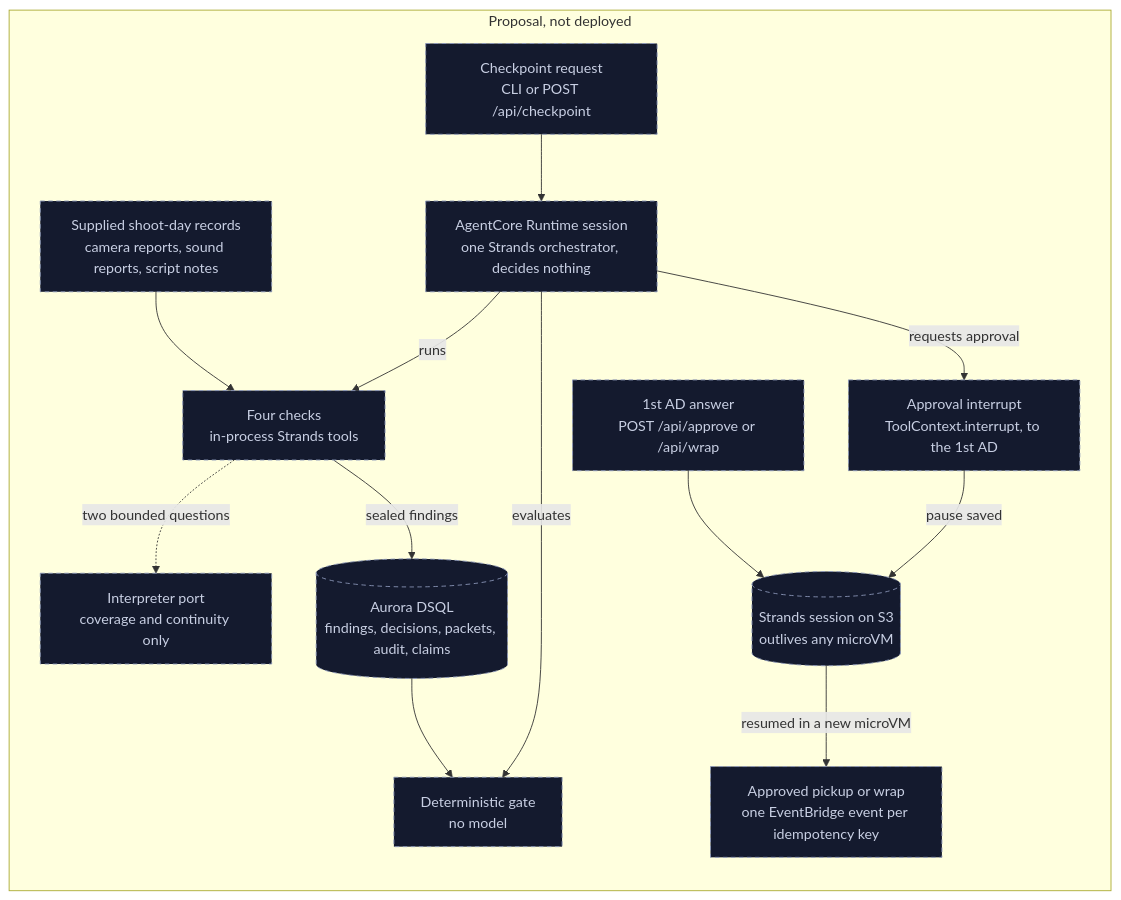
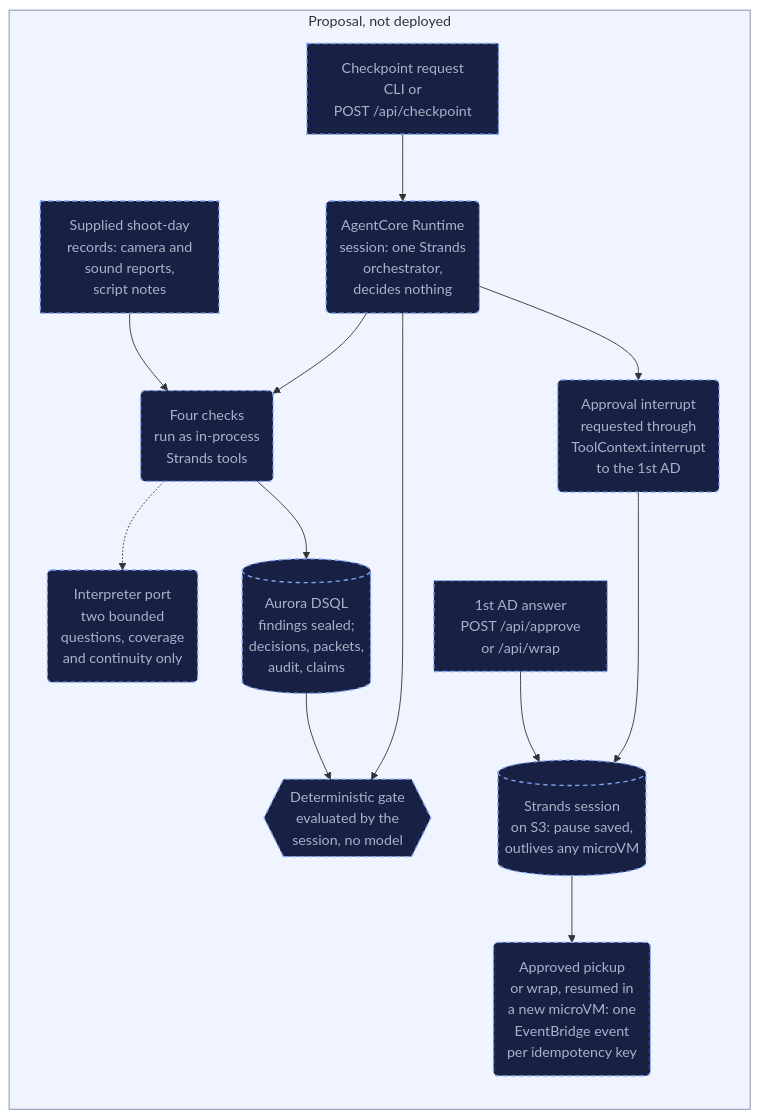
The diagram in docs/BEDROCK_AGENTCORE_ARCHITECTURE.md (upgradedev/lasttake-aws), drawn with Mermaid before and after one commit. The commit also changed other lines of this file and 6 other files, not shown here.

````diff
--- a/docs/BEDROCK_AGENTCORE_ARCHITECTURE.md
+++ b/docs/BEDROCK_AGENTCORE_ARCHITECTURE.md
@@ -32,32 +32,43 @@
 ```mermaid
 flowchart TB
     subgraph prop["Proposal, not deployed"]
         direction TB
-        REQ["Checkpoint request<br/>CLI or POST /api/checkpoint"]
-        REC["Supplied shoot-day records<br/>camera reports, sound reports, script notes"]
-        RT["AgentCore Runtime session<br/>one Strands orchestrator, decides nothing"]
-        CK["Four checks<br/>in-process Strands tools"]
-        INT["Interpreter port<br/>coverage and continuity only"]
-        DB[("Aurora DSQL<br/>findings, decisions, packets, audit, claims")]
-        GATE["Deterministic gate<br/>no model"]
-        INTR["Approval interrupt<br/>ToolContext.interrupt, to the 1st AD"]
-        SES[("Strands session on S3<br/>outlives any microVM")]
-        AD["1st AD answer<br/>POST /api/approve or /api/wrap"]
-        ACT["Approved pickup or wrap<br/>one EventBridge event per idempotency key"]
+        REQ["Checkpoint request<br/>CLI or<br/>POST /api/checkpoint"]
+        REC["Supplied shoot-day<br/>records: camera and<br/>sound reports,<br/>script notes"]
+        RT("AgentCore Runtime<br/>session: one Strands<br/>orchestrator,<br/>decides nothing")
+        CK("Four checks<br/>run as in-process<br/>Strands tools")
+        INT("Interpreter port<br/>two bounded<br/>questions, coverage<br/>and continuity only")
+        DB[("Aurora DSQL<br/>findings sealed;<br/>decisions, packets,<br/>audit, claims")]
+        GATE{{"Deterministic gate<br/>evaluated by the<br/>session, no model"}}
+        INTR("Approval interrupt<br/>requested through<br/>ToolContext.interrupt<br/>to the 1st AD")
+        SES[("Strands session<br/>on S3: pause saved,<br/>outlives any microVM")]
+        AD["1st AD answer<br/>POST /api/approve<br/>or /api/wrap"]
+        ACT("Approved pickup<br/>or wrap, resumed in<br/>a new microVM: one<br/>EventBridge event<br/>per idempotency key")
     end
     REQ --> RT
-    RT -->|"runs"| CK
+    RT --> CK
     REC --> CK
-    CK -.->|"two bounded questions"| INT
-    CK -->|"sealed findings"| DB
-    RT -->|"evaluates"| GATE
+    CK -.-> INT
+    CK --> DB
+    RT --> GATE
     DB --> GATE
-    RT -->|"requests approval"| INTR
-    INTR -->|"pause saved"| SES
+    RT --> INTR
+    INTR ---> SES
     AD --> SES
-    SES -->|"resumed in a new microVM"| ACT
+    SES --> ACT
+
+    %% LastTake palette: role colour fill, navy ink pinned, so node text reads the same in GitHub light and dark
+    classDef surface fill:#8b95b8,stroke:#0b0f1e,stroke-width:1.5px,color:#0b0f1e
+    classDef agent fill:#7ea4f7,stroke:#0b0f1e,stroke-width:1.5px,color:#0b0f1e
+    classDef store fill:#4fc3a1,stroke:#0b0f1e,stroke-width:1.5px,color:#0b0f1e
+    classDef event fill:#a996ea,stroke:#0b0f1e,stroke-width:1.5px,color:#0b0f1e
+    classDef rule fill:#182043,stroke:#e8ebf5,stroke-width:2px,color:#e8ebf5
+    classDef optional fill:#182043,stroke:#7ea4f7,stroke-width:1.5px,stroke-dasharray:5 4,color:#aab2c8
+    %% human is reserved for a human decision node; nothing in this proposal is deployed, so every node is optional
+    classDef human fill:#f0c275,stroke:#0b0f1e,stroke-width:2px,color:#0b0f1e
+    classDef laneFront fill:#8b95b81f,stroke:#7d88aa,stroke-width:1px
+    classDef laneBack fill:#7ea4f71f,stroke:#7d88aa,stroke-width:1px
+    classDef laneCi fill:#7d88aa1a,stroke:#7d88aa,stroke-width:1px,stroke-dasharray:6 4
     class REQ,REC,RT,CK,INT,DB,GATE,INTR,SES,AD,ACT optional
-
-    %% palette: placeholder
-    classDef optional fill:#141a2e,stroke:#8b96b8,stroke-dasharray:5 4,color:#c8cfe3
+    class prop laneBack
 ```
````
